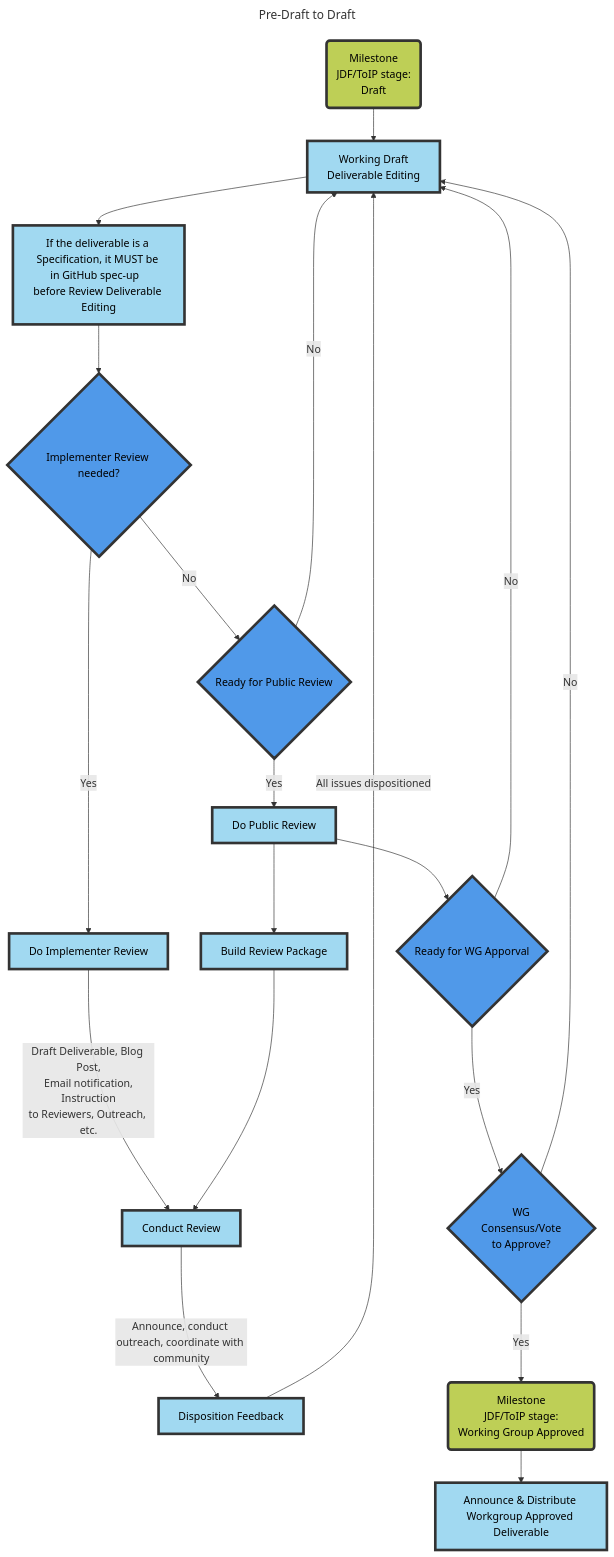
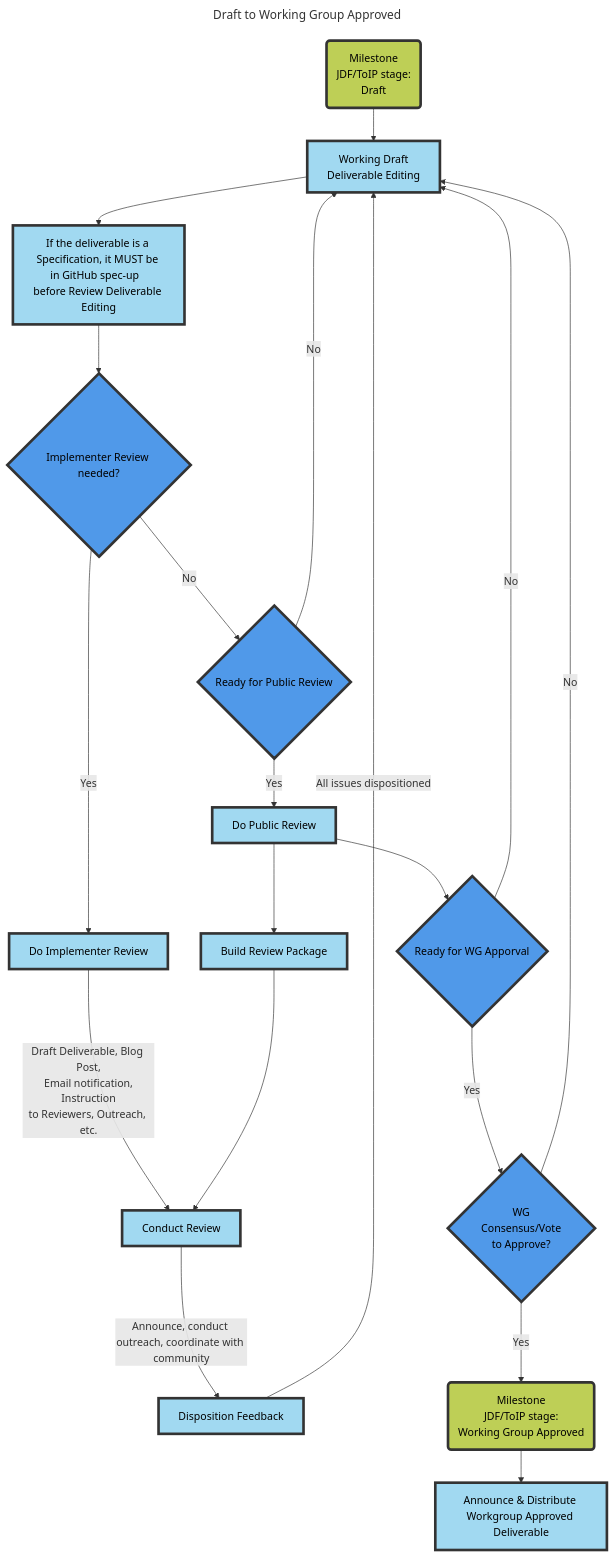
The diagram in draft-to-working-group-approved.md (m00sey/development-stages), drawn with Mermaid before and after one commit. The commit also changed other lines of this file and 3 other files, not shown here.

````diff
--- a/draft-to-working-group-approved.md
+++ b/draft-to-working-group-approved.md
@@ -1,57 +5,57 @@
 ```mermaid
 ---
-title: Pre-Draft to Draft
+title: Draft to Working Group Approved
 ---
 
 flowchart TD
     A(Milestone\nJDF/ToIP stage:\nDraft)
     B["Working Draft"\nDeliverable Editing]
     C[If the deliverable is a Specification, it MUST be in GitHub spec-up   before Review Deliverable Editing]
     D{Implementer Review needed?}
     E{Ready for Public Review}
     F[Do Implementer Review]
     G[Do Public Review]
     H[Build Review Package]
     I[Conduct Review]
     J[Disposition Feedback]
     K{Ready for WG Apporval}
     L{WG\nConsensus/Vote\nto Approve?}
     M(Milestone\nJDF/ToIP stage:\nWorking Group Approved)
     N["Announce & Distribute Workgroup Approved Deliverable"]
 
     A --> B
     B --> C
     C --> D
     D --> | No | E
     D --> | Yes | F
     E --> | No | B
     E --> | Yes | G
     F --> |Draft Deliverable, Blog Post,\n Email notification, Instruction\nto Reviewers, Outreach, etc.| I
     I --> |Announce, conduct outreach, coordinate with community| J
     J --> |All issues dispositioned| B
     G --> H
     H --> I
     G --> K
     K --> | No | B
     K --> | Yes | L
     L --> | No | B
     L --> | Yes | M
     M --> N
 
     style A fill:#BECF56,stroke:#333,color:#000,stroke-width:4px
     style M fill:#BECF56,stroke:#333,color:#000,stroke-width:4px
     
     style B fill:#A1D9F1,stroke:#333,color:#000,stroke-width:4px
     style C fill:#A1D9F1,stroke:#333,color:#000,stroke-width:4px
     style F fill:#A1D9F1,stroke:#333,color:#000,stroke-width:4px
     style G fill:#A1D9F1,stroke:#333,color:#000,stroke-width:4px
     style H fill:#A1D9F1,stroke:#333,color:#000,stroke-width:4px
     style I fill:#A1D9F1,stroke:#333,color:#000,stroke-width:4px
     style J fill:#A1D9F1,stroke:#333,color:#000,stroke-width:4px
     style N fill:#A1D9F1,stroke:#333,color:#000,stroke-width:4px
 
     style D fill:#5099E9,stroke:#333,color:#000,stroke-width:4px
     style E fill:#5099E9,stroke:#333,color:#000,stroke-width:4px
     style L fill:#5099E9,stroke:#333,color:#000,stroke-width:4px
     style K fill:#5099E9,stroke:#333,color:#000,stroke-width:4px
 ```
````
